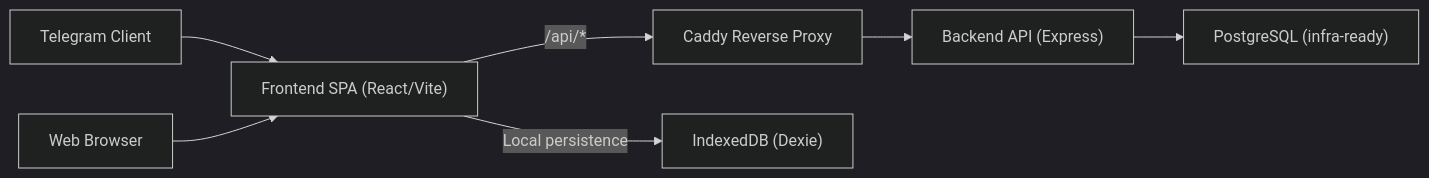
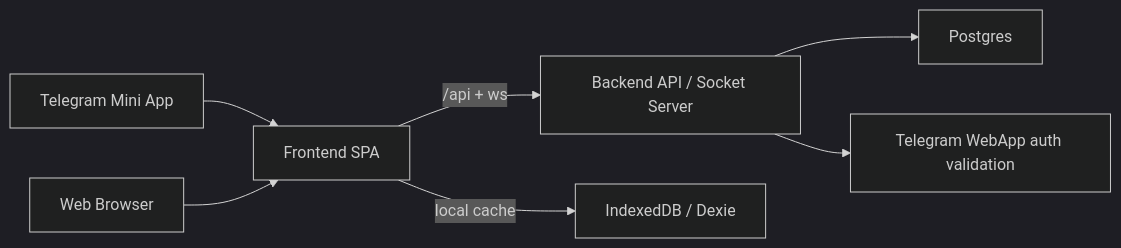
The diagram in README.md (mishaivchenko/lila-game-codex), drawn with Mermaid (dark theme) before and after one commit. The commit also changed other lines of this file and 2 other files, not shown here.

````diff
--- a/README.md
+++ b/README.md
@@ -111,9 +128,9 @@
 ```mermaid
 flowchart LR
-  TG["Telegram Client"] --> FE["Frontend SPA (React/Vite)"]
-  BR["Web Browser"] --> FE
-  FE -->|"/api/*"| RP["Caddy Reverse Proxy"]
-  RP --> BE["Backend API (Express)"]
-  FE -->|"Local persistence"| IDB["IndexedDB (Dexie)"]
-  BE --> PG["PostgreSQL (infra-ready)"]
+  TG["Telegram Mini App"] --> FE["Frontend SPA"]
+  WEB["Web Browser"] --> FE
+  FE -->|"/api + ws"| BE["Backend API / Socket Server"]
+  FE -->|"local cache"| IDB["IndexedDB / Dexie"]
+  BE --> PG["Postgres"]
+  BE --> TGAUTH["Telegram WebApp auth validation"]
 ```
````
